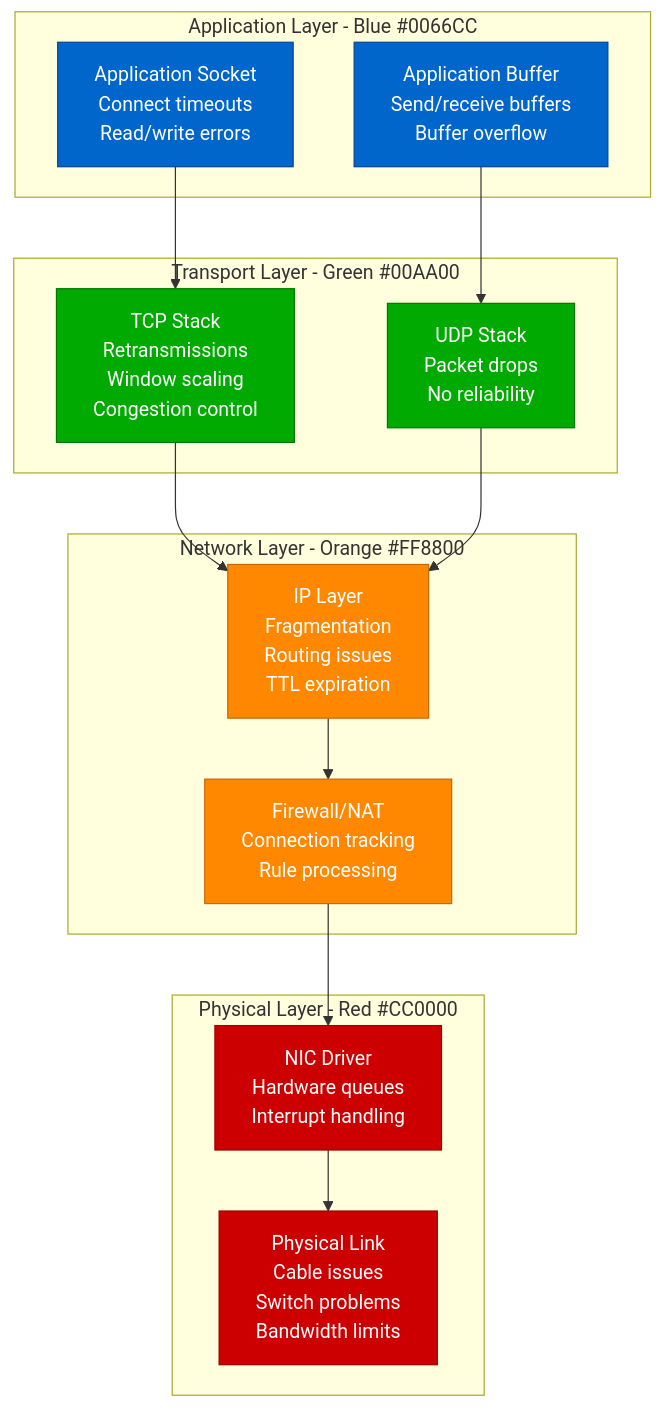
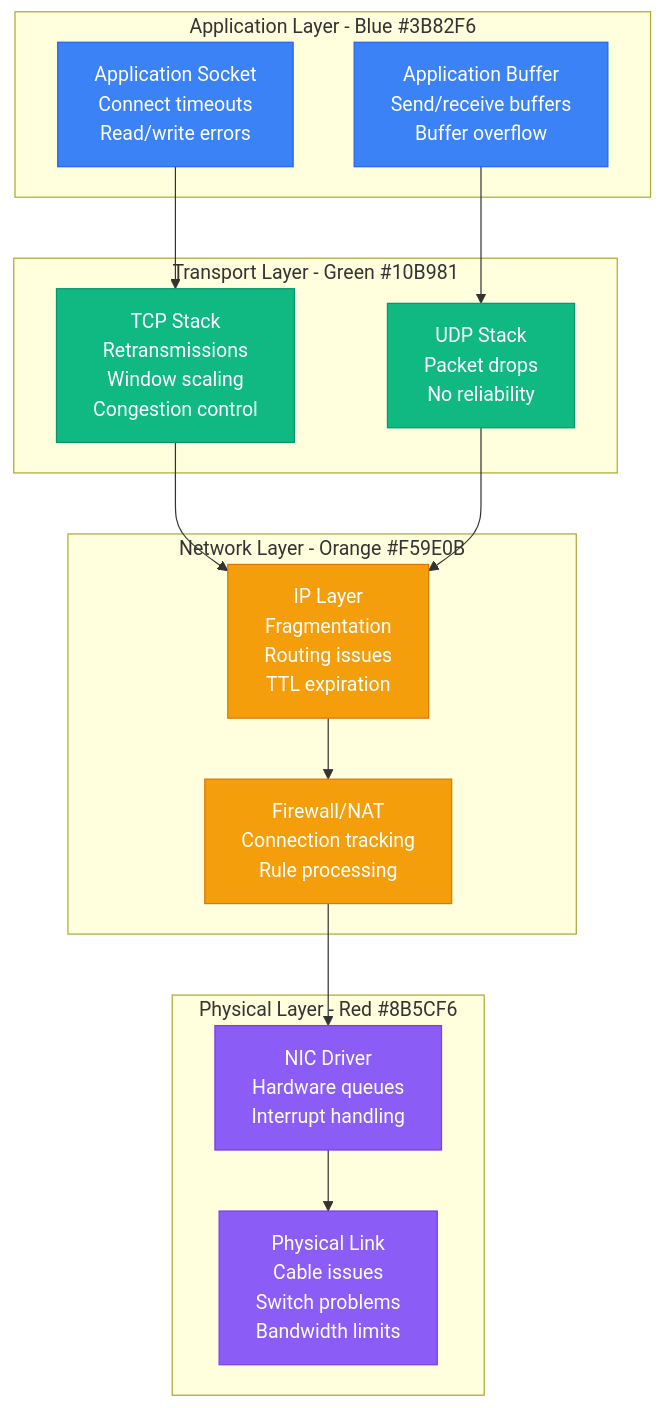
The second of 3 diagrams in site/docs/debugging/network-packet-loss-debugging.md (deepaucksharma/DS), drawn with Mermaid before and after one commit. The commit also changed other lines of this file and 187 other files, not shown here.

````diff
--- a/site/docs/debugging/network-packet-loss-debugging.md
+++ b/site/docs/debugging/network-packet-loss-debugging.md
@@ -139,40 +139,40 @@
 ```mermaid
 graph TB
-    subgraph Application[Application Layer - Blue #0066CC]
+    subgraph Application[Application Layer - Blue #3B82F6]
         APP_SOCKET[Application Socket<br/>Connect timeouts<br/>Read/write errors]
         APP_BUFFER[Application Buffer<br/>Send/receive buffers<br/>Buffer overflow]
     end
 
-    subgraph Transport[Transport Layer - Green #00AA00]
+    subgraph Transport[Transport Layer - Green #10B981]
         TCP_STACK[TCP Stack<br/>Retransmissions<br/>Window scaling<br/>Congestion control]
         UDP_STACK[UDP Stack<br/>Packet drops<br/>No reliability]
     end
 
-    subgraph Network[Network Layer - Orange #FF8800]
+    subgraph Network[Network Layer - Orange #F59E0B]
         IP_LAYER[IP Layer<br/>Fragmentation<br/>Routing issues<br/>TTL expiration]
         FIREWALL[Firewall/NAT<br/>Connection tracking<br/>Rule processing]
     end
 
-    subgraph Physical[Physical Layer - Red #CC0000]
+    subgraph Physical[Physical Layer - Red #8B5CF6]
         NIC_DRIVER[NIC Driver<br/>Hardware queues<br/>Interrupt handling]
         PHYSICAL_LINK[Physical Link<br/>Cable issues<br/>Switch problems<br/>Bandwidth limits]
     end
 
     APP_SOCKET --> TCP_STACK
     APP_BUFFER --> UDP_STACK
     TCP_STACK --> IP_LAYER
     UDP_STACK --> IP_LAYER
     IP_LAYER --> FIREWALL
     FIREWALL --> NIC_DRIVER
     NIC_DRIVER --> PHYSICAL_LINK
 
-    classDef appStyle fill:#0066CC,stroke:#004499,color:#fff
-    classDef transportStyle fill:#00AA00,stroke:#007700,color:#fff
-    classDef networkStyle fill:#FF8800,stroke:#CC6600,color:#fff
-    classDef physicalStyle fill:#CC0000,stroke:#990000,color:#fff
+    classDef appStyle fill:#3B82F6,stroke:#2563EB,color:#fff
+    classDef transportStyle fill:#10B981,stroke:#059669,color:#fff
+    classDef networkStyle fill:#F59E0B,stroke:#D97706,color:#fff
+    classDef physicalStyle fill:#8B5CF6,stroke:#7C3AED,color:#fff
 
     class APP_SOCKET,APP_BUFFER appStyle
     class TCP_STACK,UDP_STACK transportStyle
     class IP_LAYER,FIREWALL networkStyle
     class NIC_DRIVER,PHYSICAL_LINK physicalStyle
 ```
````
